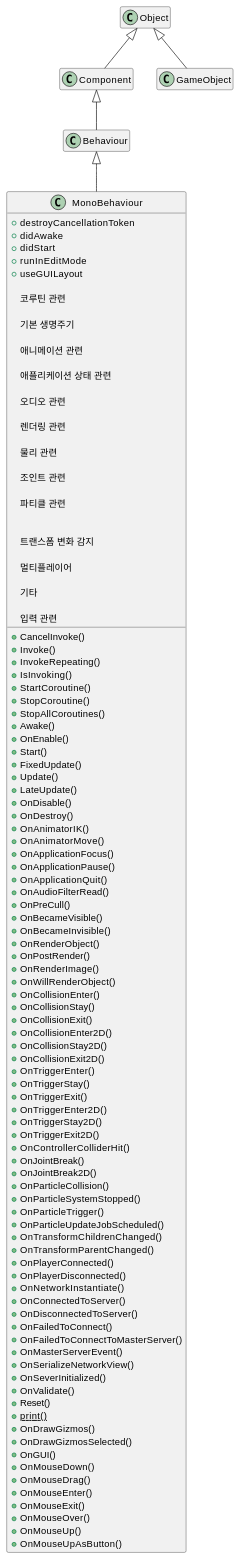
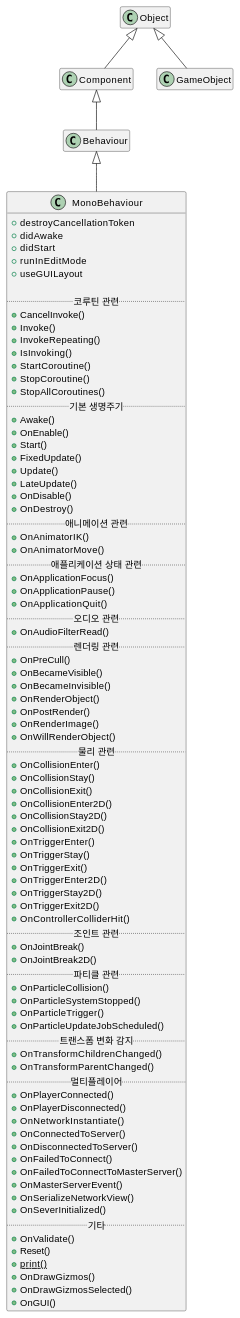
One commit to nachiketa3299/RUB changed the sixth of 7 diagrams in content/dev/unity-monobehaviour/index.md. Above: the diagram before and after it, drawn with PlantUML. The commit also changed other lines of this file and 4 other files, not shown here.

```diff
--- a/content/dev/unity-monobehaviour/index.md
+++ b/content/dev/unity-monobehaviour/index.md
@@ -312,6 +311,5 @@
 @startuml
 hide empty members
-
 class MonoBehaviour {
   + destroyCancellationToken
   + didAwake
@@ -319,7 +317,7 @@
   + runInEditMode
   + useGUILayout
 
-  코루틴 관련
+  ..코루틴 관련..
   + CancelInvoke()
   + Invoke()
   + InvokeRepeating()
@@ -327,8 +325,7 @@
   + StartCoroutine()
   + StopCoroutine()
   + StopAllCoroutines()
-
-  기본 생명주기
+  ..기본 생명주기..
   + Awake()
   + OnEnable()
   + Start()
@@ -337,20 +334,16 @@
   + LateUpdate()
   + OnDisable()
   + OnDestroy()
-
-  애니메이션 관련
+  ..애니메이션 관련..
   + OnAnimatorIK()
   + OnAnimatorMove()
-
-  애플리케이션 상태 관련
+  ..애플리케이션 상태 관련..
   + OnApplicationFocus()
   + OnApplicationPause()
   + OnApplicationQuit()
-
-  오디오 관련
+  ..오디오 관련..
   + OnAudioFilterRead()
-
-  렌더링 관련
+  ..렌더링 관련..
   + OnPreCull()
   + OnBecameVisible()
   + OnBecameInvisible()
@@ -358,8 +351,7 @@
   + OnPostRender()
   + OnRenderImage()
   + OnWillRenderObject()
-
-  물리 관련
+  ..물리 관련..
   + OnCollisionEnter()
   + OnCollisionStay()
   + OnCollisionExit()
@@ -373,23 +365,18 @@
   + OnTriggerStay2D()
   + OnTriggerExit2D()
   + OnControllerColliderHit()
-
-  조인트 관련
+  ..조인트 관련..
   + OnJointBreak()
   + OnJointBreak2D()
-
-  파티클 관련
+  ..파티클 관련..
   + OnParticleCollision()
   + OnParticleSystemStopped()
   + OnParticleTrigger()
   + OnParticleUpdateJobScheduled()
-
-
-  트랜스폼 변화 감지
+  ..트랜스폼 변화 감지..
   + OnTransformChildrenChanged()
   + OnTransformParentChanged()
-
-  멀티플레이어
+  ..멀티플레이어..
   + OnPlayerConnected()
   + OnPlayerDisconnected()
   + OnNetworkInstantiate()
@@ -400,27 +387,18 @@
   + OnMasterServerEvent()
   + OnSerializeNetworkView()
   + OnSeverInitialized()
-
-  기타
+  ..기타..
   + OnValidate()
   + Reset()
   + {static} print()
   + OnDrawGizmos()
   + OnDrawGizmosSelected()
   + OnGUI()
-
-  입력 관련
-  + OnMouseDown()
-  + OnMouseDrag()
-  + OnMouseEnter()
-  + OnMouseExit()
-  + OnMouseOver()
-  + OnMouseUp()
-  + OnMouseUpAsButton()
 }
 
 Object <|-- Component
 Object <|-- GameObject
 Component <|-- Behaviour
 Behaviour <|-- MonoBehaviour
+
 @enduml
```
